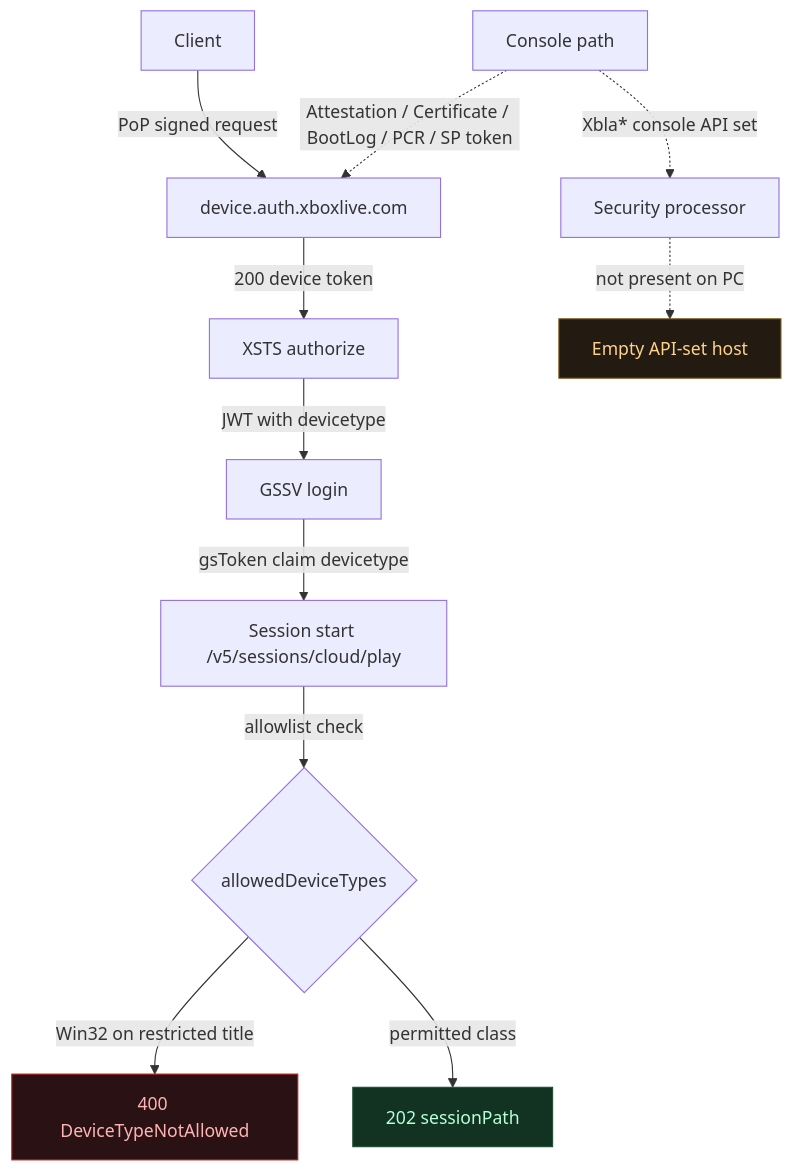
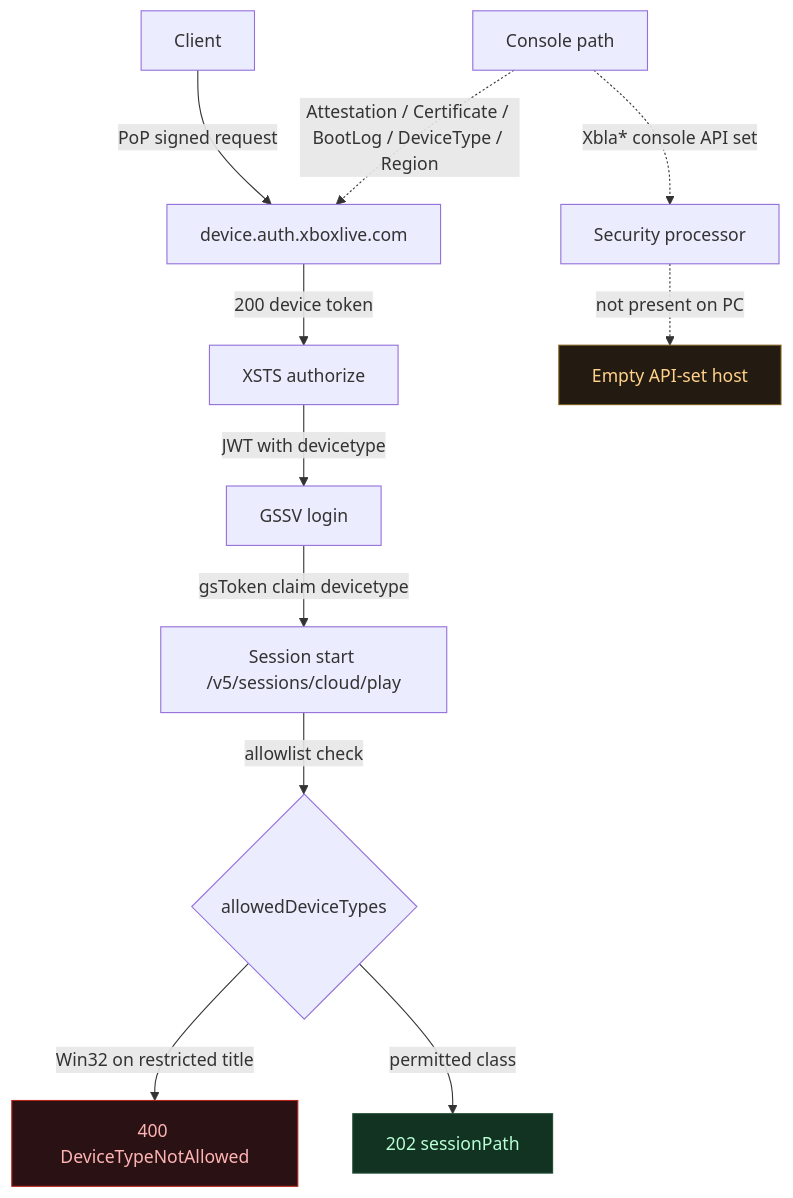
Before and after one commit to SUPE4COOKIE/gta-vi-cloud-research: the diagram in README.md, drawn with Mermaid. The commit also changed other lines of this file and 13 other files, not shown here.

````diff
--- a/README.md
+++ b/README.md
@@ -118,18 +118,18 @@
 ```mermaid
 flowchart TD
     A[Client] -->|PoP signed request| B[device.auth.xboxlive.com]
     B -->|200 device token| C[XSTS authorize]
     C -->|JWT with devicetype| D[GSSV login]
     D -->|gsToken claim devicetype| E[Session start /v5/sessions/cloud/play]
     E -->|allowlist check| F{allowedDeviceTypes}
     F -->|Win32 on restricted title| G[400 DeviceTypeNotAllowed]
     F -->|permitted class| H[202 sessionPath]
 
-    I[Console path] -.->|Attestation / Certificate / BootLog / PCR / SP token| B
+    I[Console path] -.->|Attestation / Certificate / BootLog / DeviceType / Region| B
     I -.->|Xbla* console API set| J[Security processor]
     J -.->|not present on PC| K[Empty API-set host]
 
     style G fill:#2a1113,stroke:#b42318,color:#ffb4b4
     style H fill:#123222,stroke:#1e4d33,color:#b8ffd6
     style K fill:#231a11,stroke:#7a5a1e,color:#ffd28a
 ```
````
